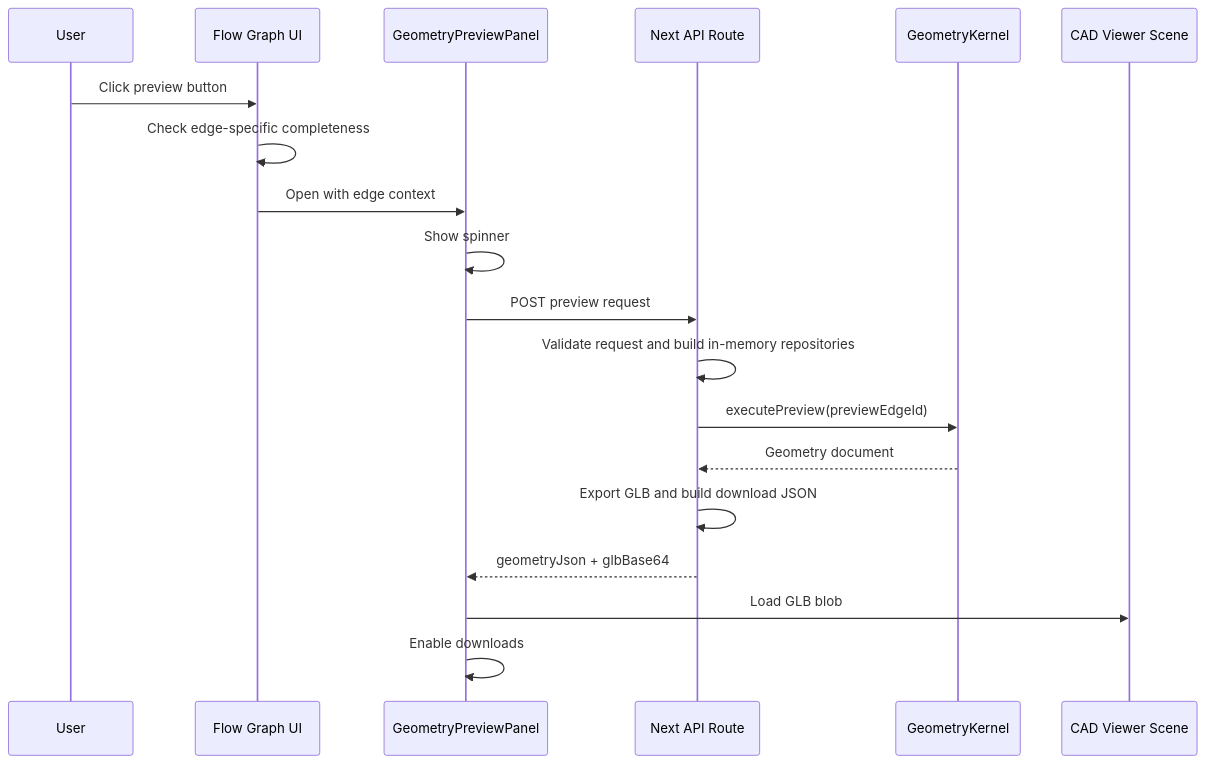
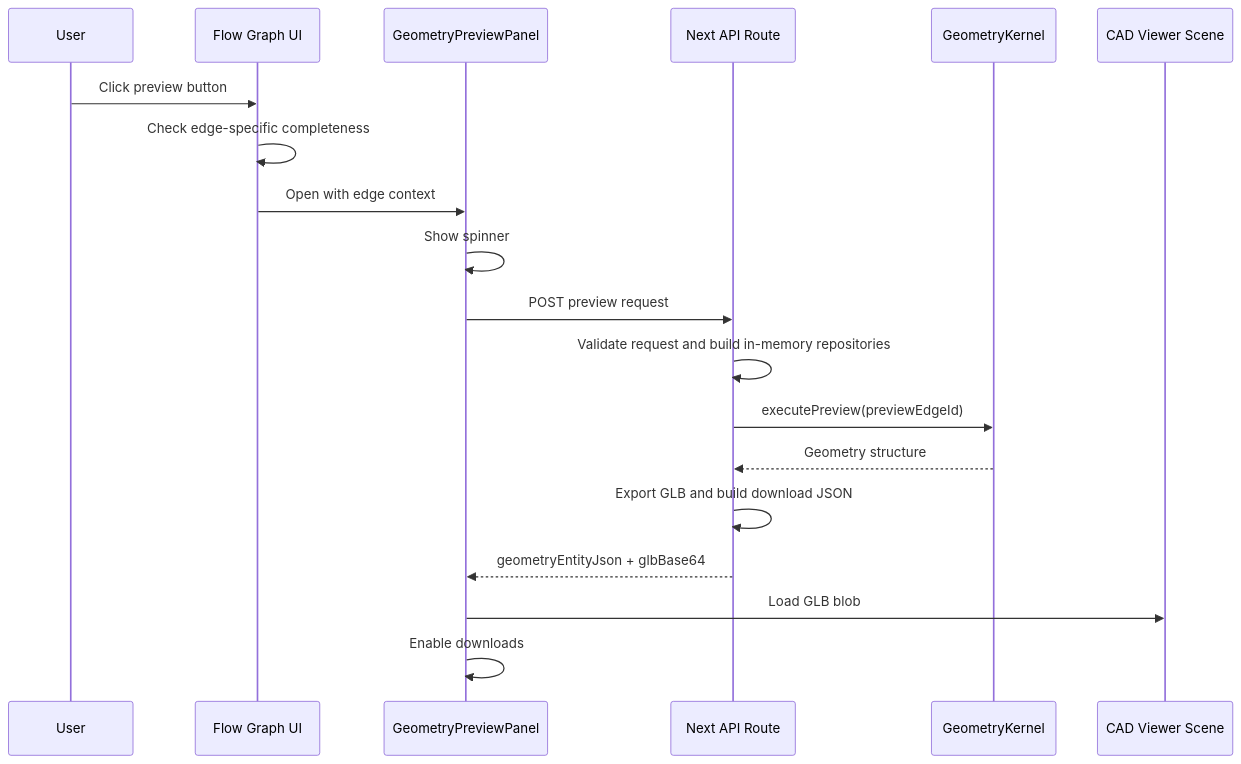
The second of 2 diagrams in docs/ui/geometry-preview.md (henry861010/process_flow_v2), drawn with Mermaid before and after one commit. The commit also changed other lines of this file and 21 other files, not shown here.

Commit message:
rename geoemtry document to geometry strucuture

````diff
--- a/docs/ui/geometry-preview.md
+++ b/docs/ui/geometry-preview.md
@@ -407,22 +407,22 @@
 ```mermaid
 sequenceDiagram
   participant User
   participant Graph as Flow Graph UI
   participant Panel as GeometryPreviewPanel
   participant API as Next API Route
   participant Kernel as GeometryKernel
   participant Viewer as CAD Viewer Scene
 
   User->>Graph: Click preview button
   Graph->>Graph: Check edge-specific completeness
   Graph->>Panel: Open with edge context
   Panel->>Panel: Show spinner
   Panel->>API: POST preview request
   API->>API: Validate request and build in-memory repositories
   API->>Kernel: executePreview(previewEdgeId)
-  Kernel-->>API: Geometry document
+  Kernel-->>API: Geometry structure
   API->>API: Export GLB and build download JSON
-  API-->>Panel: geometryJson + glbBase64
+  API-->>Panel: geometryEntityJson + glbBase64
   Panel->>Viewer: Load GLB blob
   Panel->>Panel: Enable downloads
 ```
````
